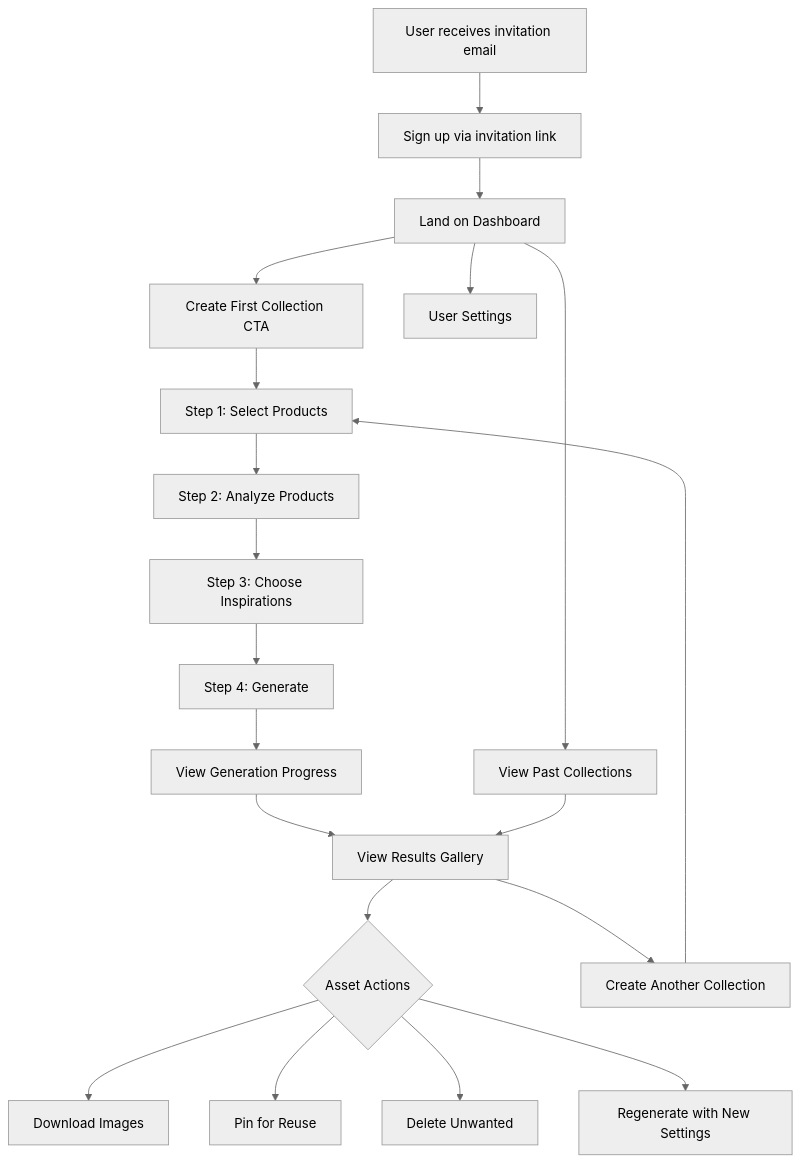
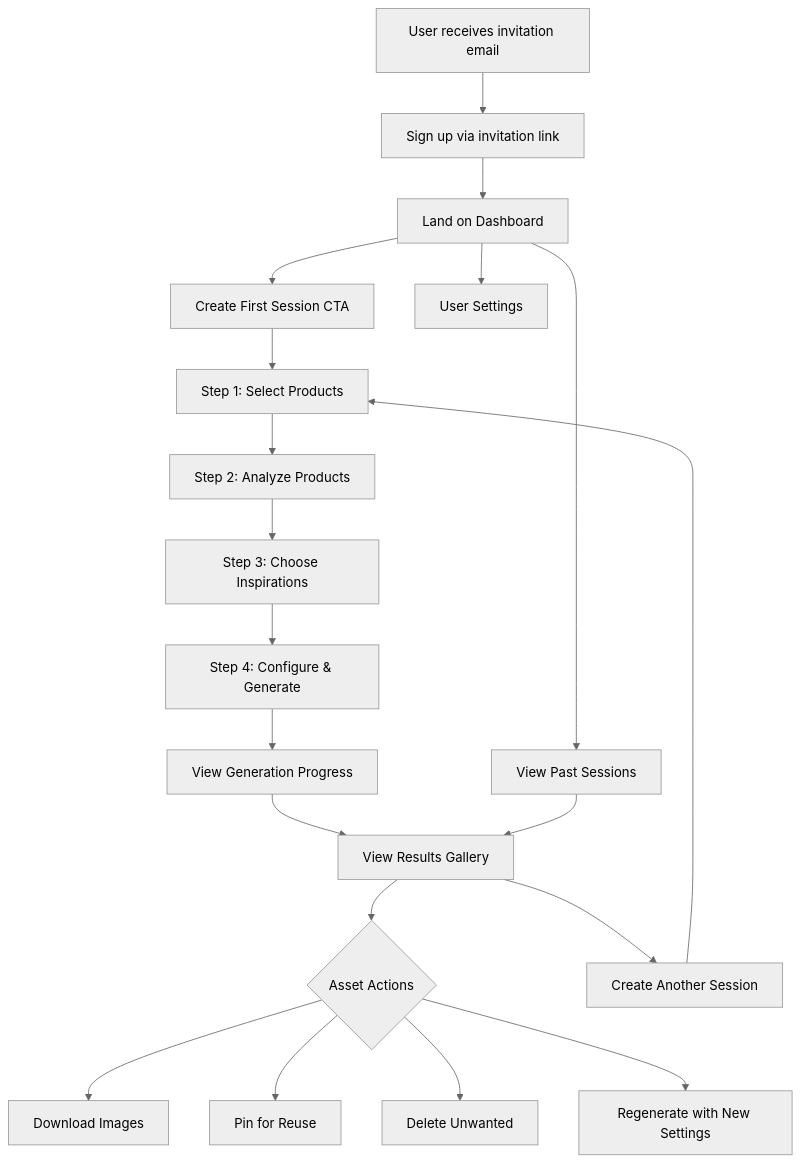
The first of 13 diagrams in apps/scenergy-visualizer/design-log/004-user-flows-journey.md (shlior7/epox-monorepo), drawn with Mermaid (neutral theme) before and after one commit. The commit also changed other lines of this file and 8 other files, not shown here.

````diff
--- a/apps/scenergy-visualizer/design-log/004-user-flows-journey.md
+++ b/apps/scenergy-visualizer/design-log/004-user-flows-journey.md
@@ -76,29 +77,29 @@
 ```mermaid
 graph TB
     Start[User receives invitation email]
 
     Start --> Signup[Sign up via invitation link]
     Signup --> Dashboard[Land on Dashboard]
-    Dashboard --> FirstCollection[Create First Collection CTA]
+    Dashboard --> FirstSession[Create First Session CTA]
 
-    FirstCollection --> Step1[Step 1: Select Products]
+    FirstSession --> Step1[Step 1: Select Products]
     Step1 --> Step2[Step 2: Analyze Products]
     Step2 --> Step3[Step 3: Choose Inspirations]
-    Step3 --> Step4[Step 4: Generate]
+    Step3 --> Step4[Step 4: Configure & Generate]
 
     Step4 --> GenerationProgress[View Generation Progress]
     GenerationProgress --> Results[View Results Gallery]
 
     Results --> AssetActions{Asset Actions}
     AssetActions --> Download[Download Images]
     AssetActions --> Pin[Pin for Reuse]
     AssetActions --> Delete[Delete Unwanted]
     AssetActions --> Regenerate[Regenerate with New Settings]
 
-    Results --> NextCollection[Create Another Collection]
-    NextCollection --> Step1
+    Results --> NextSession[Create Another Session]
+    NextSession --> Step1
 
     Dashboard --> Settings[User Settings]
-    Dashboard --> PastCollections[View Past Collections]
-    PastCollections --> Results
+    Dashboard --> PastSessions[View Past Sessions]
+    PastSessions --> Results
 ```
````
